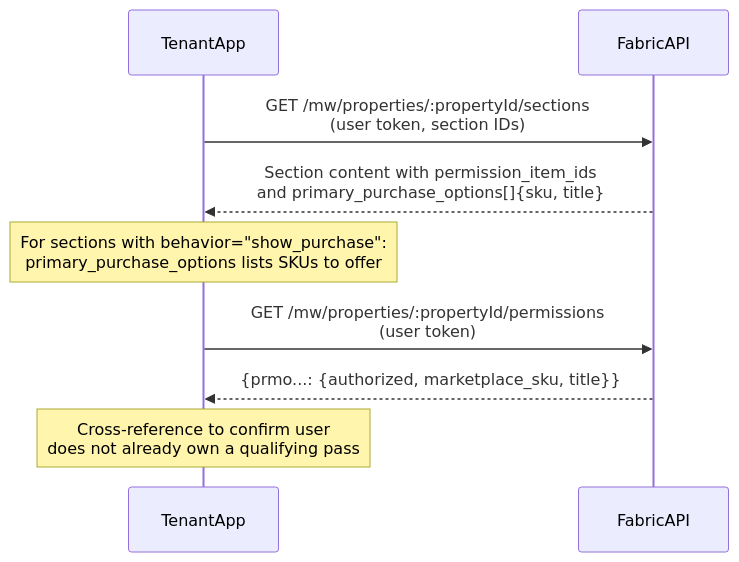
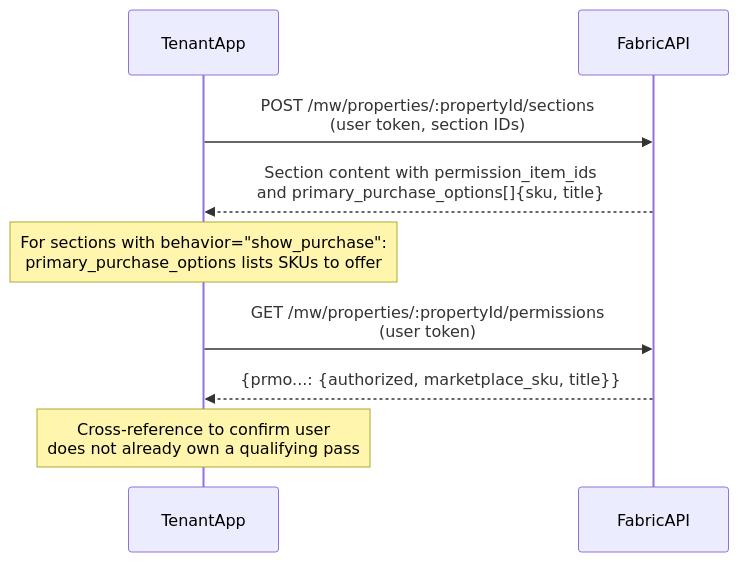
The second of 3 diagrams in media-wallet/purchase/README.md (eluv-io/elv-docs), drawn with Mermaid before and after one commit.

````diff
--- a/media-wallet/purchase/README.md
+++ b/media-wallet/purchase/README.md
@@ -47,12 +47,12 @@
 ```mermaid
 sequenceDiagram
     participant TenantApp
     participant FabricAPI
 
-    TenantApp->>FabricAPI: GET /mw/properties/:propertyId/sections<br/>(user token, section IDs)
+    TenantApp->>FabricAPI: POST /mw/properties/:propertyId/sections<br/>(user token, section IDs)
     FabricAPI-->>TenantApp: Section content with permission_item_ids<br/>and primary_purchase_options[]{sku, title}
     Note over TenantApp: For sections with behavior="show_purchase":<br/>primary_purchase_options lists SKUs to offer
     TenantApp->>FabricAPI: GET /mw/properties/:propertyId/permissions<br/>(user token)
     FabricAPI-->>TenantApp: {prmo...: {authorized, marketplace_sku, title}}
     Note over TenantApp: Cross-reference to confirm user<br/>does not already own a qualifying pass
 ```
````
